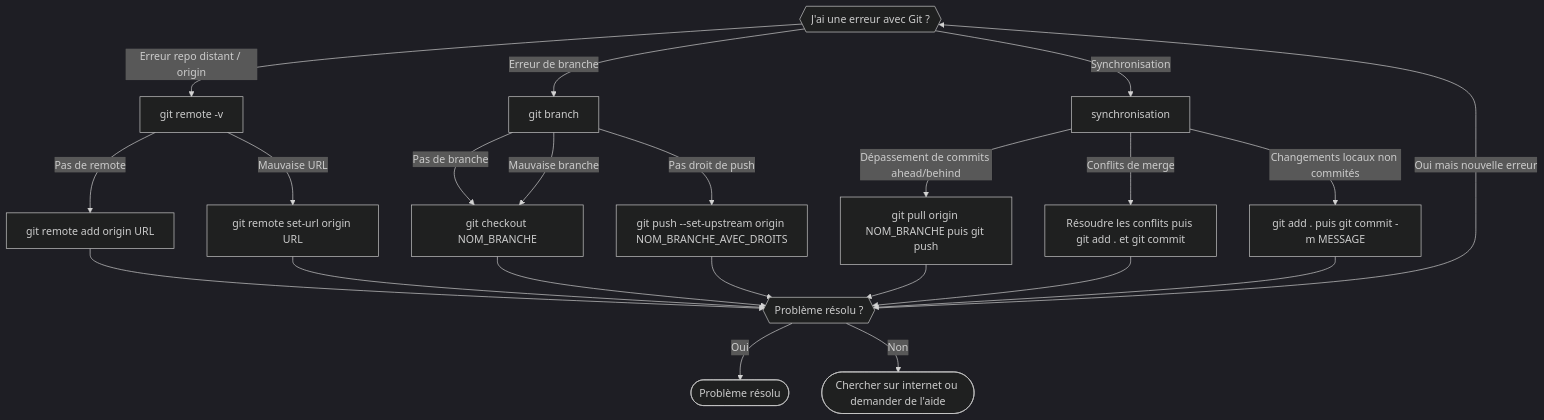
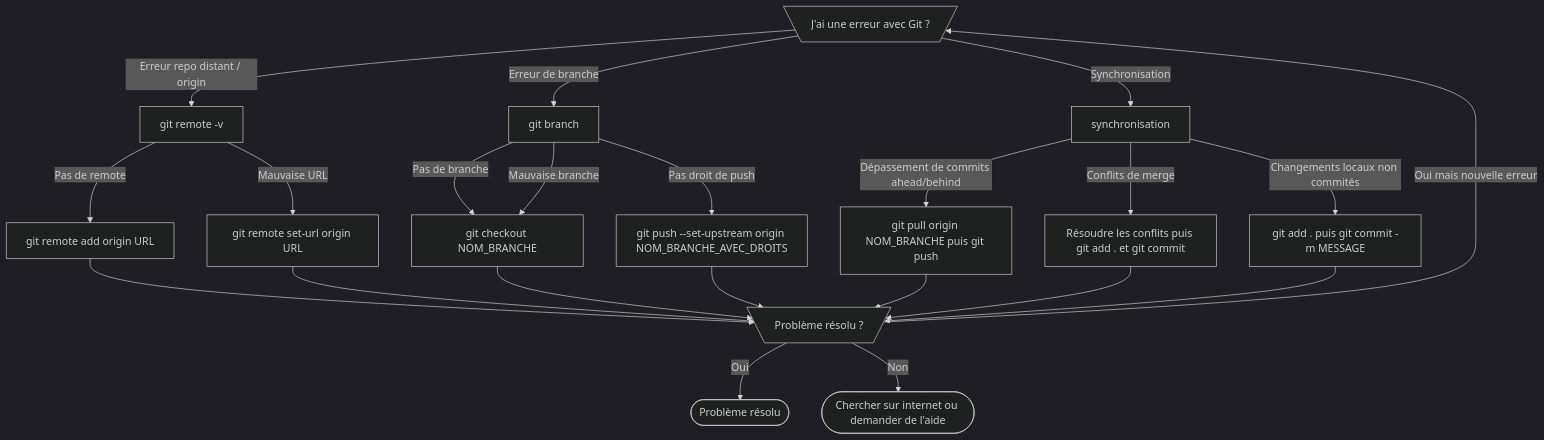
The second of 2 diagrams in info/bases/git.md (do-it-ecm/courses), drawn with Mermaid (dark theme) before and after one commit. The commit also changed other lines of this file and 27 other files, not shown here.

````diff
--- a/info/bases/git.md
+++ b/info/bases/git.md
@@ -157,31 +148,31 @@
-```mermaid
+<pre class="mermaid" style="background-color: transparent;">
 flowchart TD
-    giterror{{J'ai une erreur avec Git ?}} -->|Erreur repo distant / origin|originerror[git remote -v]
+    giterror[\J'ai une erreur avec Git ?/] -->|Erreur repo distant / origin|originerror[git remote -v]
 
     originerror -->|Pas de remote|gitremoteadd[git remote add origin URL]
     originerror -->|Mauvaise URL|gitremotechange[git remote set-url origin URL]
 
-    gitremoteadd --> problemsolvedquestion{{Problème résolu ?}}
+    gitremoteadd --> problemsolvedquestion[\Problème résolu ?/]
     gitremotechange --> problemsolvedquestion
     problemsolvedquestion -->|Oui|problemsolved([Problème résolu])
     problemsolvedquestion -->|Oui mais nouvelle erreur|giterror
     problemsolvedquestion -->|Non|askforhelp([Chercher sur internet ou demander de l'aide])
 
     giterror -->|Erreur de branche|brancherror[git branch]
     brancherror -->|Pas de branche|gitcheckout[git checkout -b NOM_BRANCHE]
     brancherror -->|Mauvaise branche|gitcheckout[git checkout NOM_BRANCHE]
     brancherror -->|Pas droit de push|gitpush[git push --set-upstream origin NOM_BRANCHE_AVEC_DROITS]
 
     gitcheckout --> problemsolvedquestion
     gitpush --> problemsolvedquestion
 
     giterror -->|Synchronisation|syncerror[synchronisation]
 
     syncerror -->|Dépassement de commits ahead/behind|syncpullpush[git pull origin NOM_BRANCHE puis git push]
     syncerror -->|Conflits de merge|mergeconflict[Résoudre les conflits puis git add . et git commit]
     syncerror -->|Changements locaux non commités|stagedchanges[git add . puis git commit -m MESSAGE]
 
     syncpullpush --> problemsolvedquestion
     mergeconflict --> problemsolvedquestion
     stagedchanges --> problemsolvedquestion
-```
+</pre>
````
